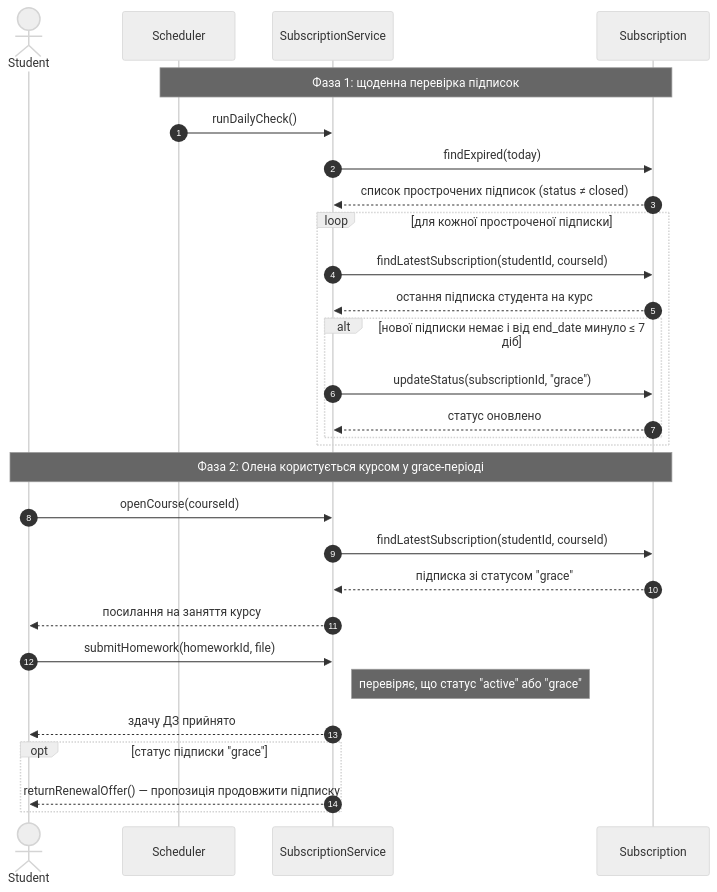
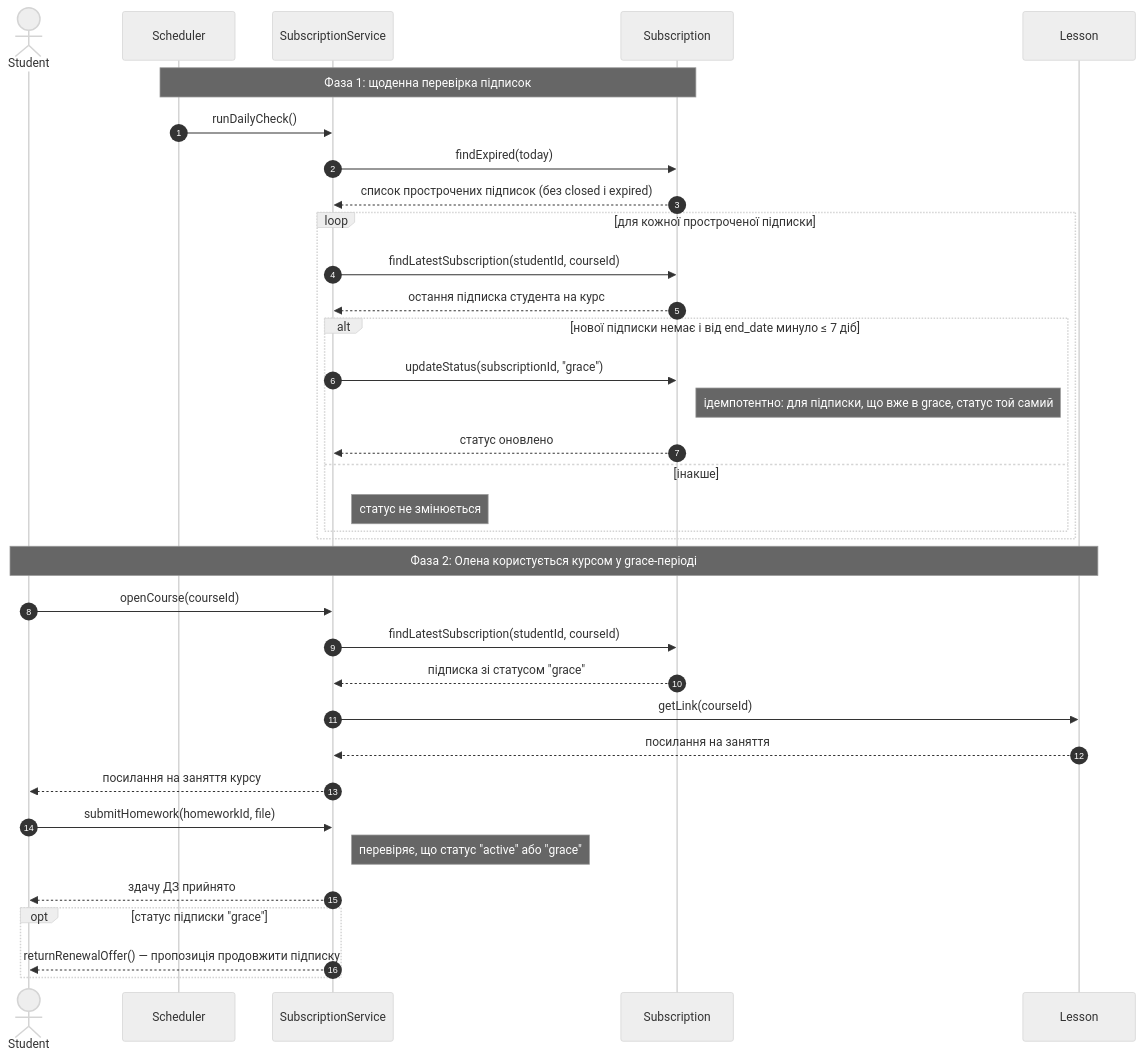
Before and after one commit to grmaryna/MathHub: the diagram in Sequence Diagram/diagram-req-31.mmd, drawn with Mermaid (neutral theme). The commit also changed 1 other file, not shown here.

```diff
--- a/Sequence Diagram/diagram-req-31.mmd
+++ b/Sequence Diagram/diagram-req-31.mmd
@@ -1,37 +1,43 @@
 sequenceDiagram
     autonumber
     actor Student
     participant Scheduler
     participant SubscriptionService
     participant Subscription
+    participant Lesson
 
     Note over Scheduler,Subscription: Фаза 1: щоденна перевірка підписок
 
     Scheduler->>SubscriptionService: runDailyCheck()
     SubscriptionService->>Subscription: findExpired(today)
-    Subscription-->>SubscriptionService: список прострочених підписок (status ≠ closed)
+    Subscription-->>SubscriptionService: список прострочених підписок (без closed і expired)
 
     loop для кожної простроченої підписки
         SubscriptionService->>Subscription: findLatestSubscription(studentId, courseId)
         Subscription-->>SubscriptionService: остання підписка студента на курс
 
         alt нової підписки немає і від end_date минуло ≤ 7 діб
             SubscriptionService->>Subscription: updateStatus(subscriptionId, "grace")
+            Note right of Subscription: ідемпотентно: для підписки, що вже в grace, статус той самий
             Subscription-->>SubscriptionService: статус оновлено
+        else інакше
+            Note right of SubscriptionService: статус не змінюється
         end
     end
 
-    Note over Student,Subscription: Фаза 2: Олена користується курсом у grace-періоді
+    Note over Student,Lesson: Фаза 2: Олена користується курсом у grace-періоді
 
     Student->>SubscriptionService: openCourse(courseId)
     SubscriptionService->>Subscription: findLatestSubscription(studentId, courseId)
     Subscription-->>SubscriptionService: підписка зі статусом "grace"
+    SubscriptionService->>Lesson: getLink(courseId)
+    Lesson-->>SubscriptionService: посилання на заняття
     SubscriptionService-->>Student: посилання на заняття курсу
 
     Student->>SubscriptionService: submitHomework(homeworkId, file)
     Note right of SubscriptionService: перевіряє, що статус "active" або "grace"
     SubscriptionService-->>Student: здачу ДЗ прийнято
 
     opt статус підписки "grace"
         SubscriptionService-->>Student: returnRenewalOffer() — пропозиція продовжити підписку
     end
```
